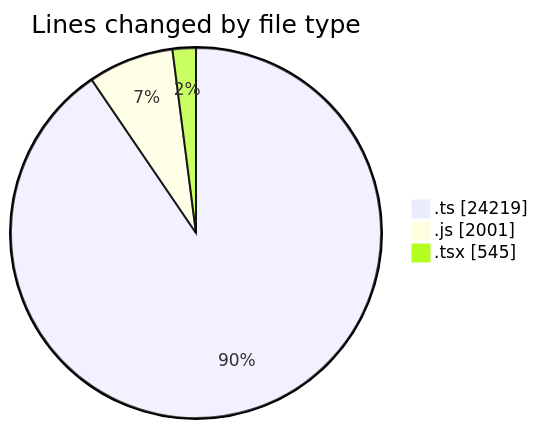
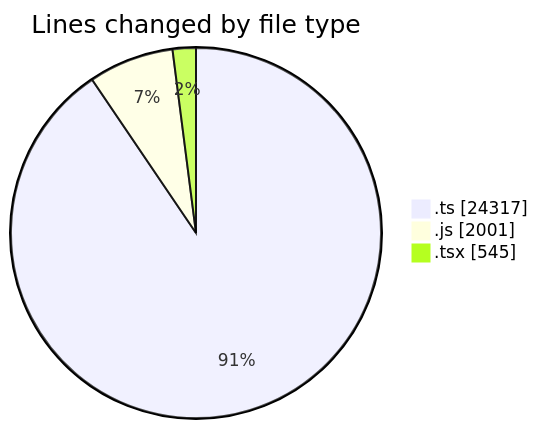
The first of 2 diagrams in 2025-06-20/cda/README.md (momahboobian/code-tracking), drawn with Mermaid before and after one commit. The commit also changed other lines of this file and 1 other file, not shown here.

````diff
--- a/2025-06-20/cda/README.md
+++ b/2025-06-20/cda/README.md
@@ -35,7 +36,7 @@
 ```mermaid
 pie showData
 title Lines changed by file type
-".ts" : 24219
+".ts" : 24317
 ".js" : 2001
 ".tsx" : 545
 ```
````
